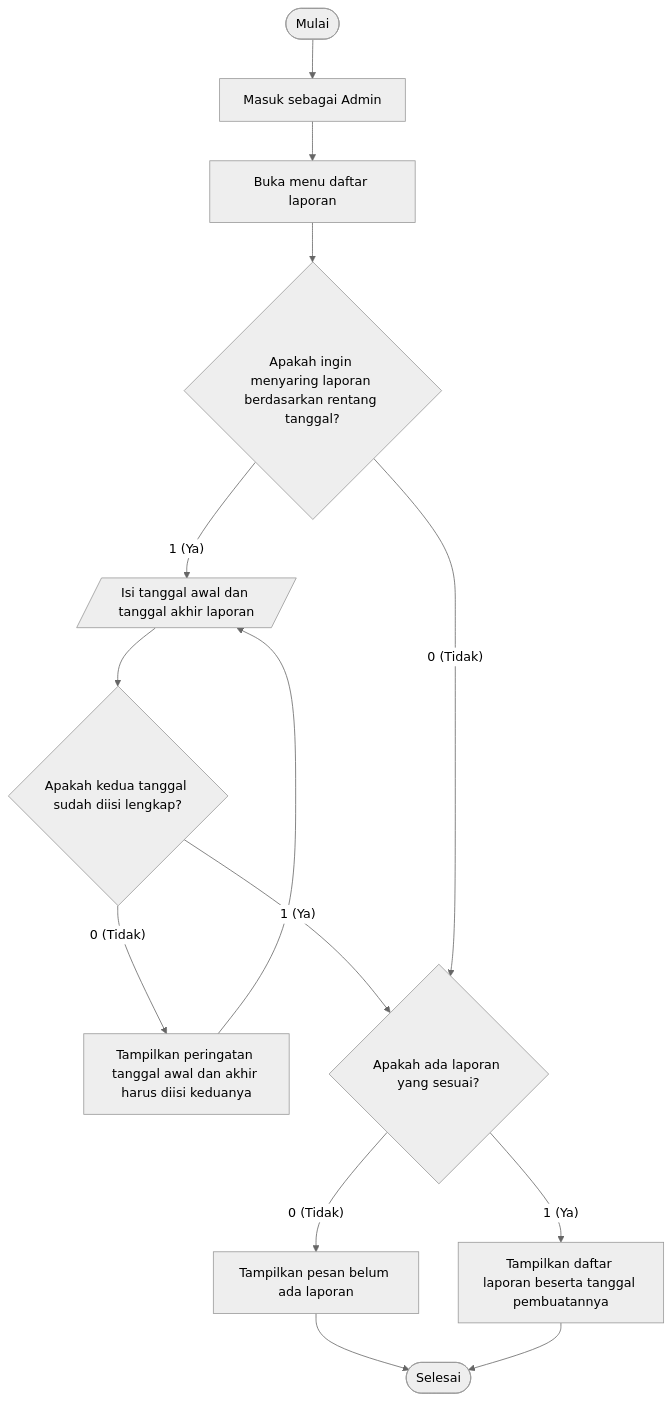
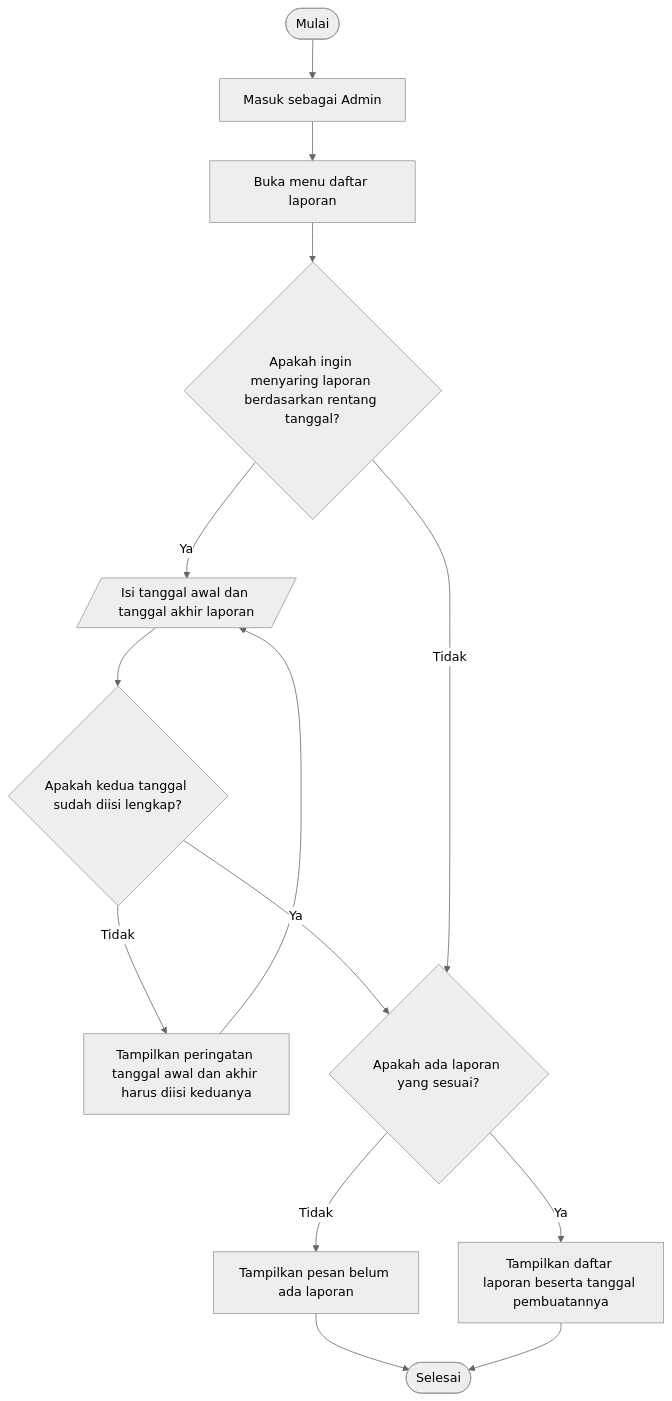
The diagram in docs/uml/src/diagrams/list-diagrams/flowchart-readlistlaporan.mmd (dimstyle/ruang-baca), drawn with Mermaid (neutral theme) before and after one commit. The commit also changed 134 other files, not shown here.

Commit message:
docs(diagrams): add Chen ERD, use parallelograms for activity I/O, fix layouts, and simplify Ya/Tidak labels

```diff
--- a/docs/uml/src/diagrams/list-diagrams/flowchart-readlistlaporan.mmd
+++ b/docs/uml/src/diagrams/list-diagrams/flowchart-readlistlaporan.mmd
@@ -1,14 +1,14 @@
 flowchart TD
     start(["Mulai"]) --> loginAdmin["Masuk sebagai Admin"]
     loginAdmin --> openMenu["Buka menu daftar laporan"]
     openMenu --> wantFilter{"Apakah ingin menyaring laporan berdasarkan rentang tanggal?"}
-    wantFilter -->|"1 (Ya)"| inputDates[/"Isi tanggal awal dan tanggal akhir laporan"/]
+    wantFilter -->|"Ya"| inputDates[/"Isi tanggal awal dan tanggal akhir laporan"/]
     inputDates --> checkDates{"Apakah kedua tanggal sudah diisi lengkap?"}
-    checkDates -->|"0 (Tidak)"| warnDates["Tampilkan peringatan tanggal awal dan akhir harus diisi keduanya"]
+    checkDates -->|"Tidak"| warnDates["Tampilkan peringatan tanggal awal dan akhir harus diisi keduanya"]
     warnDates --> inputDates
-    checkDates -->|"1 (Ya)"| checkList{"Apakah ada laporan yang sesuai?"}
-    wantFilter -->|"0 (Tidak)"| checkList
-    checkList -->|"0 (Tidak)"| emptyMsg["Tampilkan pesan belum ada laporan"]
+    checkDates -->|"Ya"| checkList{"Apakah ada laporan yang sesuai?"}
+    wantFilter -->|"Tidak"| checkList
+    checkList -->|"Tidak"| emptyMsg["Tampilkan pesan belum ada laporan"]
     emptyMsg --> finish(["Selesai"])
-    checkList -->|"1 (Ya)"| showList["Tampilkan daftar laporan beserta tanggal pembuatannya"]
+    checkList -->|"Ya"| showList["Tampilkan daftar laporan beserta tanggal pembuatannya"]
     showList --> finish
```
